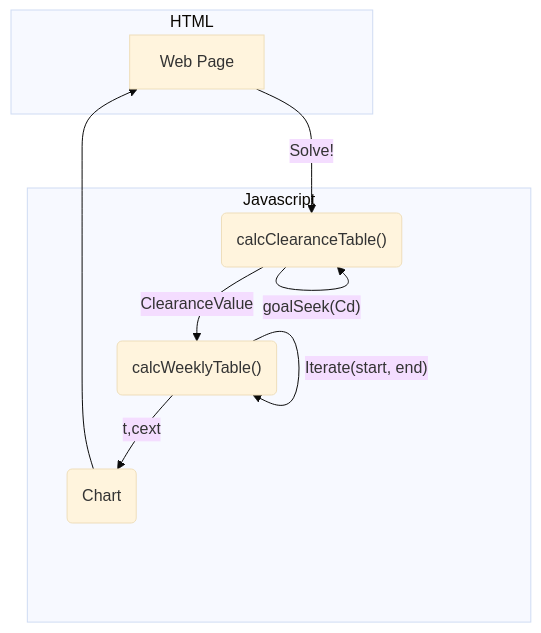
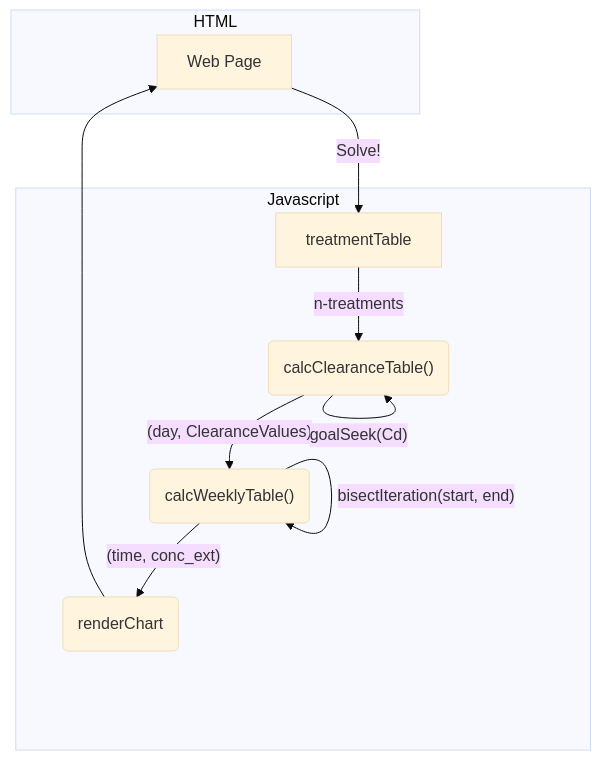
The diagram in README.md (aaaahn/dialsim), drawn with Mermaid (base theme) before and after one commit. The commit also changed other lines of this file and 1 other file, not shown here.

Commit message:
clearance into treamentTable for day 0, update mermaid chart

````diff
--- a/README.md
+++ b/README.md
@@ -12,23 +11,24 @@
 ```mermaid
 
 
 
 
 graph TD
     subgraph HTML
-       A 
+       A
     end
     subgraph Javascript
-        A[Web Page] -- Solve! --> B("calcClearanceTable()")
-        B -- ClearanceValue --> D("calcWeeklyTable()")
-        D -- "Iterate(start, end)" -->D
-        D --  t,cext --> E(Chart)
+        A[Web Page] -- Solve! --> TT["treatmentTable"]
+        TT -- n-treatments --> B("calcClearanceTable()")
+        B -- "(day, ClearanceValues)" --> D("calcWeeklyTable()")
+        D -- "bisectIteration(start, end)" -->D
+        D --  "(time, conc_ext)" --> E(renderChart)
         E --> A
         B -- "goalSeek(Cd)" --> B
     end
 
 
 
 
 
 ```
````
